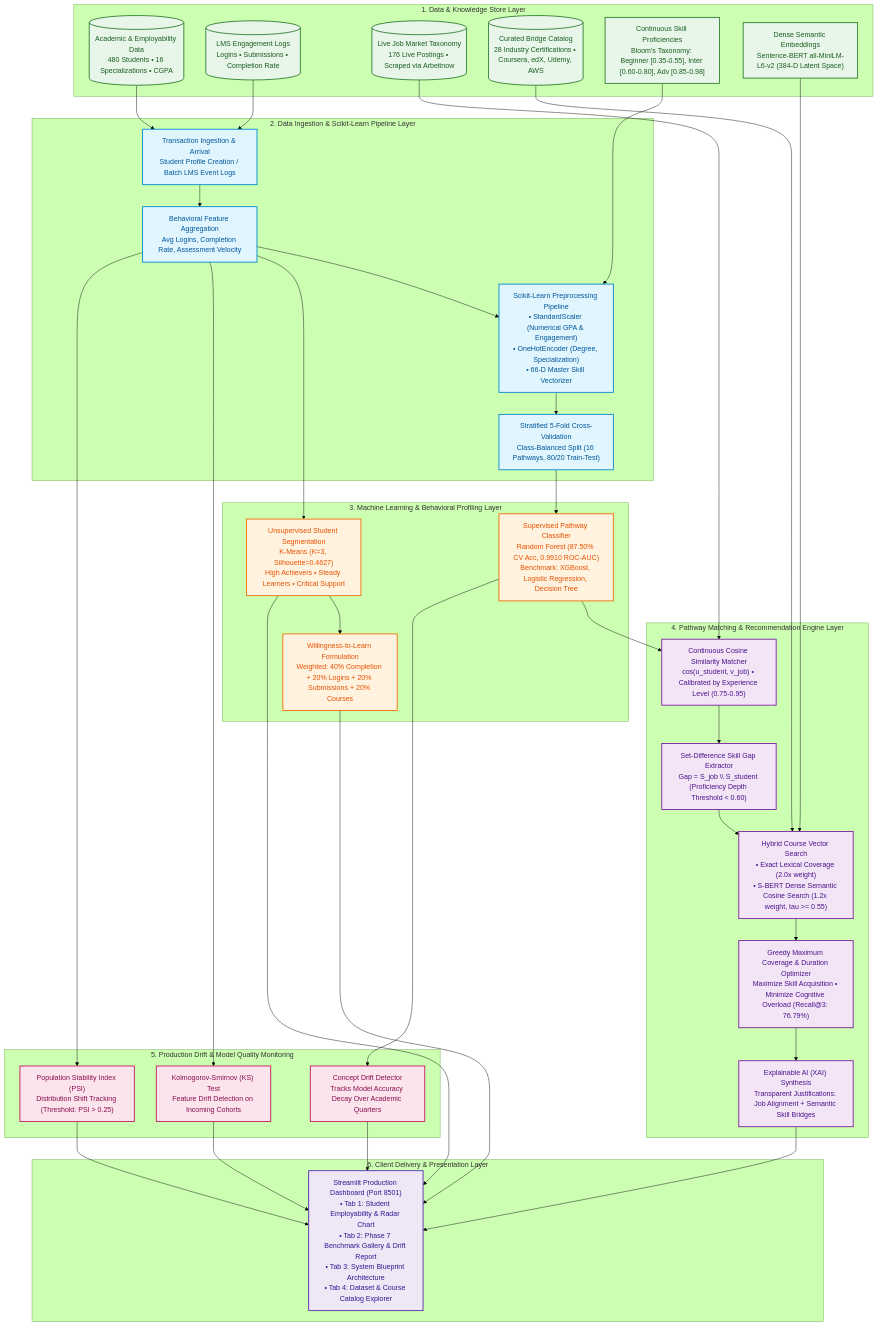
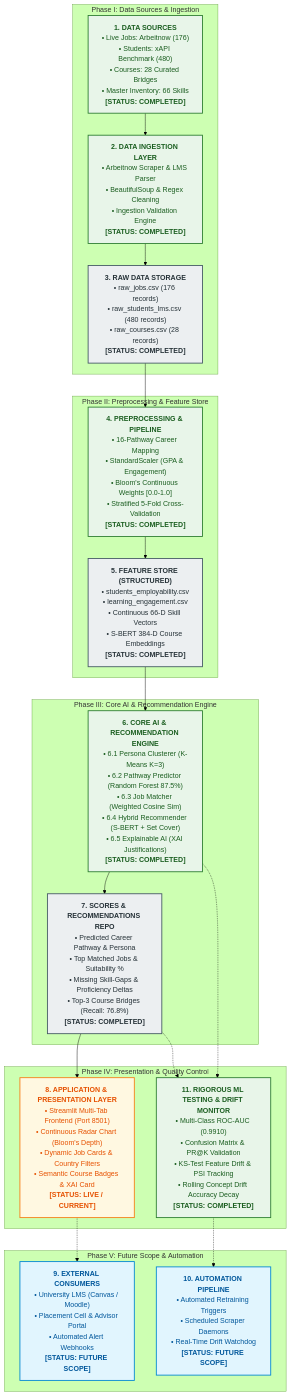
The diagram in README.md (Raghavmalani77/EduPathAI), drawn with Mermaid (forest theme) before and after one commit.

Commit message:
docs: streamline architecture flowchart into concise 11-block modular layout

````diff
--- a/README.md
+++ b/README.md
@@ -18,73 +18,43 @@
 ```mermaid
 flowchart TD
-    %% Styling
-    classDef dataLayer fill:#E8F5E9,stroke:#2E7D32,stroke-width:2px,color:#1B5E20;
-    classDef pipelineLayer fill:#E1F5FE,stroke:#0288D1,stroke-width:2px,color:#01579B;
-    classDef mlLayer fill:#FFF3E0,stroke:#EF6C00,stroke-width:2px,color:#E65100;
-    classDef recLayer fill:#F3E5F5,stroke:#7B1FA2,stroke-width:2px,color:#4A148C;
-    classDef monitorLayer fill:#FCE4EC,stroke:#C2185B,stroke-width:2px,color:#880E4F;
-    classDef outputLayer fill:#EDE7F6,stroke:#512DA8,stroke-width:2px,color:#311B92;
+    %% Styling Classes
+    classDef comp fill:#E8F5E9,stroke:#2E7D32,stroke-width:2px,color:#1B5E20;
+    classDef curr fill:#FFF8E1,stroke:#F57F17,stroke-width:2px,color:#E65100;
+    classDef store fill:#ECEFF1,stroke:#455A64,stroke-width:2px,color:#263238;
+    classDef fut fill:#E1F5FE,stroke:#0288D1,stroke-width:2px,color:#01579B;
 
-    %% 1. Data Layer
-    subgraph S1 ["1. Data & Knowledge Store Layer"]
-        D1[("Academic & Employability Data<br/>480 Students • 16 Specializations • CGPA")]:::dataLayer
-        D2[("LMS Engagement Logs<br/>Logins • Submissions • Completion Rate")]:::dataLayer
-        D3[("Live Job Market Taxonomy<br/>176 Live Postings • Scraped via Arbeitnow")]:::dataLayer
-        D4[("Curated Bridge Catalog<br/>28 Industry Certifications • Coursera, edX, Udemy, AWS")]:::dataLayer
-        D5["Continuous Skill Proficiencies<br/>Bloom's Taxonomy: Beginner [0.35-0.55], Inter [0.60-0.80], Adv [0.85-0.98]"]:::dataLayer
-        D6["Dense Semantic Embeddings<br/>Sentence-BERT all-MiniLM-L6-v2 (384-D Latent Space)"]:::dataLayer
+    subgraph G1 ["Phase I: Data Sources & Ingestion"]
+        B1["<b>1. DATA SOURCES</b><br/>• Live Jobs: Arbeitnow (176)<br/>• Students: xAPI Benchmark (480)<br/>• Courses: 28 Curated Bridges<br/>• Master Inventory: 66 Skills<br/><b>[STATUS: COMPLETED]</b>"]:::comp
+        B2["<b>2. DATA INGESTION LAYER</b><br/>• Arbeitnow Scraper & LMS Parser<br/>• BeautifulSoup & Regex Cleaning<br/>• Ingestion Validation Engine<br/><b>[STATUS: COMPLETED]</b>"]:::comp
+        B3["<b>3. RAW DATA STORAGE</b><br/>• raw_jobs.csv (176 records)<br/>• raw_students_lms.csv (480 records)<br/>• raw_courses.csv (28 records)<br/><b>[STATUS: COMPLETED]</b>"]:::store
     end
 
-    %% 2. Feature Engineering & Preprocessing Pipeline
-    subgraph S2 ["2. Data Ingestion & Scikit-Learn Pipeline Layer"]
-        T1["Transaction Ingestion & Arrival<br/>Student Profile Creation / Batch LMS Event Logs"]:::pipelineLayer
-        T2["Behavioral Feature Aggregation<br/>Avg Logins, Completion Rate, Assessment Velocity"]:::pipelineLayer
-        T3["Scikit-Learn Preprocessing Pipeline<br/>• StandardScaler (Numerical GPA & Engagement)<br/>• OneHotEncoder (Degree, Specialization)<br/>• 66-D Master Skill Vectorizer"]:::pipelineLayer
-        T4["Stratified 5-Fold Cross-Validation<br/>Class-Balanced Split (16 Pathways, 80/20 Train-Test)"]:::pipelineLayer
+    subgraph G2 ["Phase II: Preprocessing & Feature Store"]
+        B4["<b>4. PREPROCESSING & PIPELINE</b><br/>• 16-Pathway Career Mapping<br/>• StandardScaler (GPA & Engagement)<br/>• Bloom's Continuous Weights [0.0-1.0]<br/>• Stratified 5-Fold Cross-Validation<br/><b>[STATUS: COMPLETED]</b>"]:::comp
+        B5["<b>5. FEATURE STORE (STRUCTURED)</b><br/>• students_employability.csv<br/>• learning_engagement.csv<br/>• Continuous 66-D Skill Vectors<br/>• S-BERT 384-D Course Embeddings<br/><b>[STATUS: COMPLETED]</b>"]:::store
     end
 
-    %% 3. Machine Learning & Behavioral Intelligence
-    subgraph S3 ["3. Machine Learning & Behavioral Profiling Layer"]
-        M1["Supervised Pathway Classifier<br/>Random Forest (87.50% CV Acc, 0.9910 ROC-AUC)<br/>Benchmark: XGBoost, Logistic Regression, Decision Tree"]:::mlLayer
-        M2["Unsupervised Student Segmentation<br/>K-Means (K=3, Silhouette=0.4627)<br/>High Achievers • Steady Learners • Critical Support"]:::mlLayer
-        M3["Willingness-to-Learn Formulation<br/>Weighted: 40% Completion + 20% Logins + 20% Submissions + 20% Courses"]:::mlLayer
+    subgraph G3 ["Phase III: Core AI & Recommendation Engine"]
+        B6["<b>6. CORE AI & RECOMMENDATION ENGINE</b><br/>• 6.1 Persona Clusterer (K-Means K=3)<br/>• 6.2 Pathway Predictor (Random Forest 87.5%)<br/>• 6.3 Job Matcher (Weighted Cosine Sim)<br/>• 6.4 Hybrid Recommender (S-BERT + Set Cover)<br/>• 6.5 Explainable AI (XAI Justifications)<br/><b>[STATUS: COMPLETED]</b>"]:::comp
+        B7["<b>7. SCORES & RECOMMENDATIONS REPO</b><br/>• Predicted Career Pathway & Persona<br/>• Top Matched Jobs & Suitability %<br/>• Missing Skill-Gaps & Proficiency Deltas<br/>• Top-3 Course Bridges (Recall: 76.8%)<br/><b>[STATUS: COMPLETED]</b>"]:::store
     end
 
-    %% 4. Recommendation & Gap Optimization Layer
-    subgraph S4 ["4. Pathway Matching & Recommendation Engine Layer"]
-        R1["Continuous Cosine Similarity Matcher<br/>cos(u_student, v_job) • Calibrated by Experience Level (0.75-0.95)"]:::recLayer
-        R2["Set-Difference Skill Gap Extractor<br/>Gap = S_job \\ S_student (Proficiency Depth Threshold < 0.60)"]:::recLayer
-        R3["Hybrid Course Vector Search<br/>• Exact Lexical Coverage (2.0x weight)<br/>• S-BERT Dense Semantic Cosine Search (1.2x weight, tau >= 0.55)"]:::recLayer
-        R4["Greedy Maximum Coverage & Duration Optimizer<br/>Maximize Skill Acquisition • Minimize Cognitive Overload (Recall@3: 76.79%)"]:::recLayer
-        R5["Explainable AI (XAI) Synthesis<br/>Transparent Justifications: Job Alignment + Semantic Skill Bridges"]:::recLayer
+    subgraph G4 ["Phase IV: Presentation & Quality Control"]
+        B8["<b>8. APPLICATION & PRESENTATION LAYER</b><br/>• Streamlit Multi-Tab Frontend (Port 8501)<br/>• Continuous Radar Chart (Bloom's Depth)<br/>• Dynamic Job Cards & Country Filters<br/>• Semantic Course Badges & XAI Card<br/><b>[STATUS: LIVE / CURRENT]</b>"]:::curr
+        B11["<b>11. RIGOROUS ML TESTING & DRIFT MONITOR</b><br/>• Multi-Class ROC-AUC (0.9910)<br/>• Confusion Matrix & PR@K Validation<br/>• KS-Test Feature Drift & PSI Tracking<br/>• Rolling Concept Drift Accuracy Decay<br/><b>[STATUS: COMPLETED]</b>"]:::comp
     end
 
-    %% 5. Production Drift Monitoring
-    subgraph S5 ["5. Production Drift & Model Quality Monitoring"]
-        MON1["Kolmogorov-Smirnov (KS) Test<br/>Feature Drift Detection on Incoming Cohorts"]:::monitorLayer
-        MON2["Population Stability Index (PSI)<br/>Distribution Shift Tracking (Threshold: PSI > 0.25)"]:::monitorLayer
-        MON3["Concept Drift Detector<br/>Tracks Model Accuracy Decay Over Academic Quarters"]:::monitorLayer
+    subgraph G5 ["Phase V: Future Scope & Automation"]
+        B9["<b>9. EXTERNAL CONSUMERS</b><br/>• University LMS (Canvas / Moodle)<br/>• Placement Cell & Advisor Portal<br/>• Automated Alert Webhooks<br/><b>[STATUS: FUTURE SCOPE]</b>"]:::fut
+        B10["<b>10. AUTOMATION PIPELINE</b><br/>• Automated Retraining Triggers<br/>• Scheduled Scraper Daemons<br/>• Real-Time Drift Watchdog<br/><b>[STATUS: FUTURE SCOPE]</b>"]:::fut
     end
 
-    %% 6. Interactive Delivery Layer
-    subgraph S6 ["6. Client Delivery & Presentation Layer"]
-        UI1["Streamlit Production Dashboard (Port 8501)<br/>• Tab 1: Student Employability & Radar Chart<br/>• Tab 2: Phase 7 Benchmark Gallery & Drift Report<br/>• Tab 3: System Blueprint Architecture<br/>• Tab 4: Dataset & Course Catalog Explorer"]:::outputLayer
-    end
-
-    %% Connectors
-    D1 & D2 --> T1
-    T1 --> T2 --> T3 --> T4
-    T4 --> M1
-    T2 --> M2 --> M3
-    M1 --> R1
-    D3 --> R1
-    D5 --> T3
-    D6 --> R3
-    D4 --> R3
-    R1 --> R2 --> R3 --> R4 --> R5
-    T2 --> MON1 & MON2
-    M1 --> MON3
-    R5 --> UI1
-    M2 & M3 --> UI1
-    MON1 & MON2 & MON3 --> UI1
+    B1 --> B2 --> B3
+    B3 --> B4 --> B5
+    B5 --> B6 --> B7
+    B7 --> B8
+    B6 -.-> B11
+    B7 -.-> B11
+    B8 -.-> B9
+    B11 -.-> B10
 ```
````
